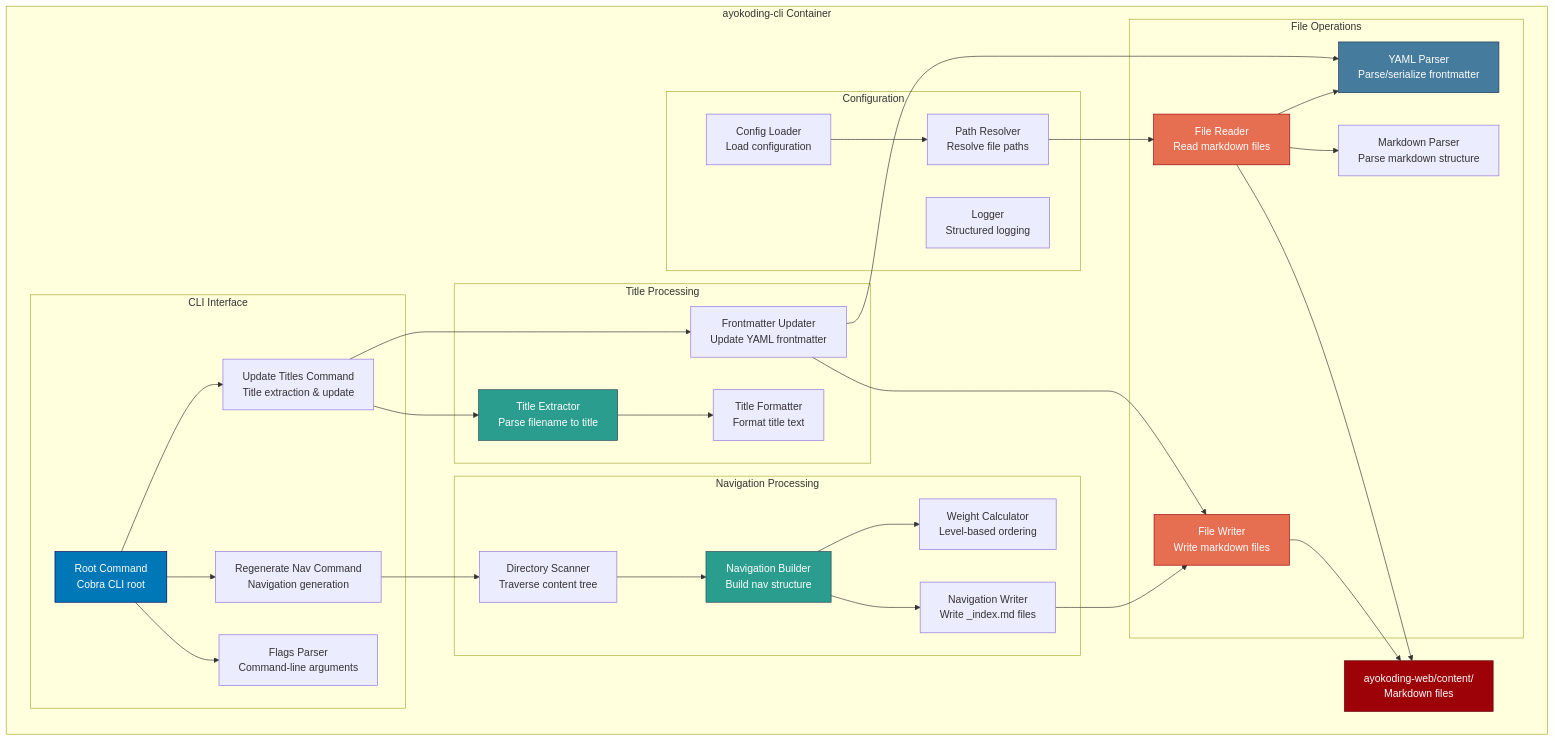
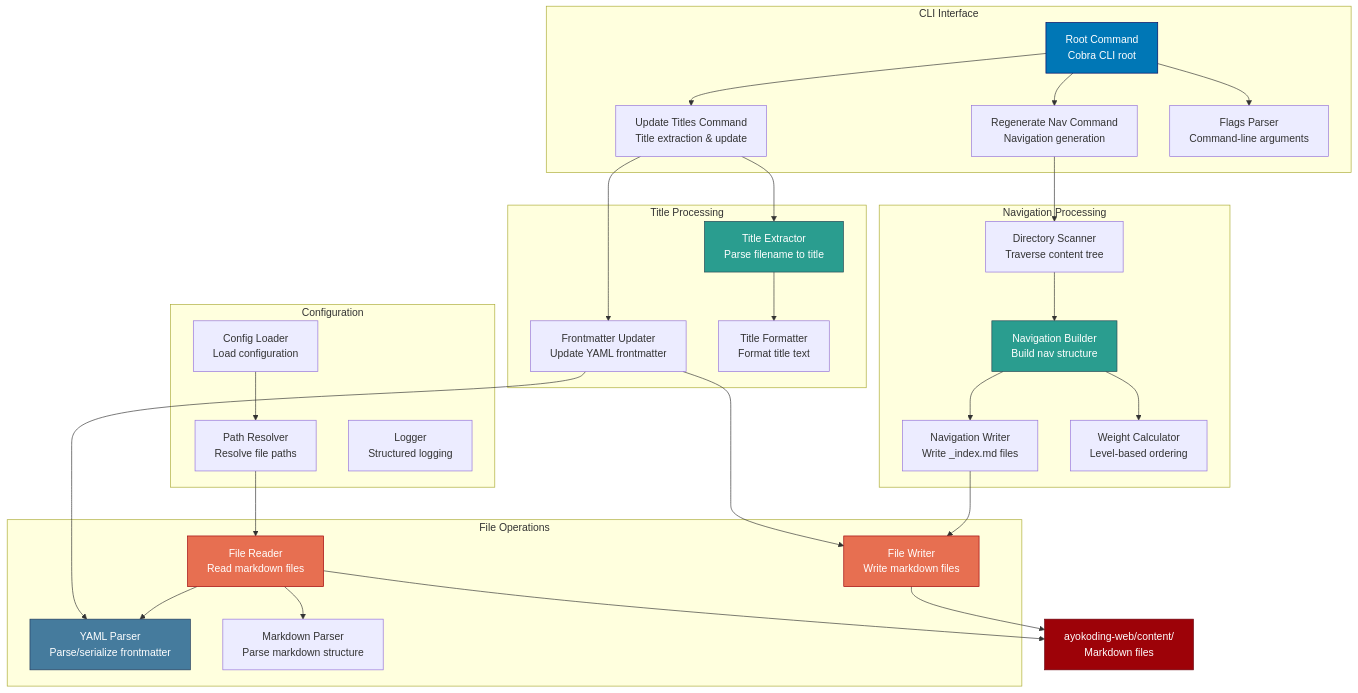
One commit to wahidyankf/open-sharia-enterprise changed the sixth of 21 diagrams in docs/reference/re__system-architecture.md. Above: the diagram before and after it, drawn with Mermaid. The commit also changed other lines of this file, not shown here.

First line of the commit message:
fix(docs): resolve Mermaid nested subgraph syntax errors in C4 diagrams

````diff
--- a/docs/reference/re__system-architecture.md
+++ b/docs/reference/re__system-architecture.md
@@ -502,67 +498,65 @@
 ```mermaid
 graph TB
-    subgraph "ayokoding-cli Container"
-        subgraph "CLI Interface"
-            CMD_ROOT[Root Command<br/>Cobra CLI root]
-            CMD_TITLES[Update Titles Command<br/>Title extraction & update]
-            CMD_NAV[Regenerate Nav Command<br/>Navigation generation]
-            CMD_FLAGS[Flags Parser<br/>Command-line arguments]
-        end
+    subgraph "CLI Interface"
+        CMD_ROOT[Root Command<br/>Cobra CLI root]
+        CMD_TITLES[Update Titles Command<br/>Title extraction & update]
+        CMD_NAV[Regenerate Nav Command<br/>Navigation generation]
+        CMD_FLAGS[Flags Parser<br/>Command-line arguments]
+    end
 
-        subgraph "Title Processing"
-            TITLE_EXTRACTOR[Title Extractor<br/>Parse filename to title]
-            FRONTMATTER_UPDATER[Frontmatter Updater<br/>Update YAML frontmatter]
-            TITLE_FORMATTER[Title Formatter<br/>Format title text]
-        end
+    subgraph "Title Processing"
+        TITLE_EXTRACTOR[Title Extractor<br/>Parse filename to title]
+        FRONTMATTER_UPDATER[Frontmatter Updater<br/>Update YAML frontmatter]
+        TITLE_FORMATTER[Title Formatter<br/>Format title text]
+    end
 
-        subgraph "Navigation Processing"
-            NAV_SCANNER[Directory Scanner<br/>Traverse content tree]
-            NAV_BUILDER[Navigation Builder<br/>Build nav structure]
-            NAV_WRITER[Navigation Writer<br/>Write _index.md files]
-            WEIGHT_CALC[Weight Calculator<br/>Level-based ordering]
-        end
+    subgraph "Navigation Processing"
+        NAV_SCANNER[Directory Scanner<br/>Traverse content tree]
+        NAV_BUILDER[Navigation Builder<br/>Build nav structure]
+        NAV_WRITER[Navigation Writer<br/>Write _index.md files]
+        WEIGHT_CALC[Weight Calculator<br/>Level-based ordering]
+    end
 
-        subgraph "File Operations"
-            FILE_READER[File Reader<br/>Read markdown files]
-            FILE_WRITER[File Writer<br/>Write markdown files]
-            YAML_PARSER[YAML Parser<br/>Parse/serialize frontmatter]
-            MD_PARSER[Markdown Parser<br/>Parse markdown structure]
-        end
+    subgraph "File Operations"
+        FILE_READER[File Reader<br/>Read markdown files]
+        FILE_WRITER[File Writer<br/>Write markdown files]
+        YAML_PARSER[YAML Parser<br/>Parse/serialize frontmatter]
+        MD_PARSER[Markdown Parser<br/>Parse markdown structure]
+    end
 
-        subgraph "Configuration"
-            CONFIG_LOADER[Config Loader<br/>Load configuration]
-            PATH_RESOLVER[Path Resolver<br/>Resolve file paths]
-            LOGGER[Logger<br/>Structured logging]
-        end
+    subgraph "Configuration"
+        CONFIG_LOADER[Config Loader<br/>Load configuration]
+        PATH_RESOLVER[Path Resolver<br/>Resolve file paths]
+        LOGGER[Logger<br/>Structured logging]
+    end
 
-        CONTENT_DIR[ayokoding-web/content/<br/>Markdown files]
-    end
+    CONTENT_DIR[ayokoding-web/content/<br/>Markdown files]
 
     CMD_ROOT --> CMD_TITLES
     CMD_ROOT --> CMD_NAV
     CMD_ROOT --> CMD_FLAGS
     CMD_TITLES --> TITLE_EXTRACTOR
     CMD_TITLES --> FRONTMATTER_UPDATER
     TITLE_EXTRACTOR --> TITLE_FORMATTER
     FRONTMATTER_UPDATER --> YAML_PARSER
     FRONTMATTER_UPDATER --> FILE_WRITER
     CMD_NAV --> NAV_SCANNER
     NAV_SCANNER --> NAV_BUILDER
     NAV_BUILDER --> WEIGHT_CALC
     NAV_BUILDER --> NAV_WRITER
     NAV_WRITER --> FILE_WRITER
     FILE_READER --> CONTENT_DIR
     FILE_WRITER --> CONTENT_DIR
     FILE_READER --> MD_PARSER
     FILE_READER --> YAML_PARSER
     CONFIG_LOADER --> PATH_RESOLVER
     PATH_RESOLVER --> FILE_READER
 
     style CMD_ROOT fill:#0077b6,stroke:#03045e,color:#ffffff
     style TITLE_EXTRACTOR fill:#2a9d8f,stroke:#264653,color:#ffffff
     style NAV_BUILDER fill:#2a9d8f,stroke:#264653,color:#ffffff
     style FILE_READER fill:#e76f51,stroke:#9d0208,color:#ffffff
     style FILE_WRITER fill:#e76f51,stroke:#9d0208,color:#ffffff
     style YAML_PARSER fill:#457b9d,stroke:#1d3557,color:#ffffff
     style CONTENT_DIR fill:#9d0208,stroke:#6a040f,color:#ffffff
 ```
````
